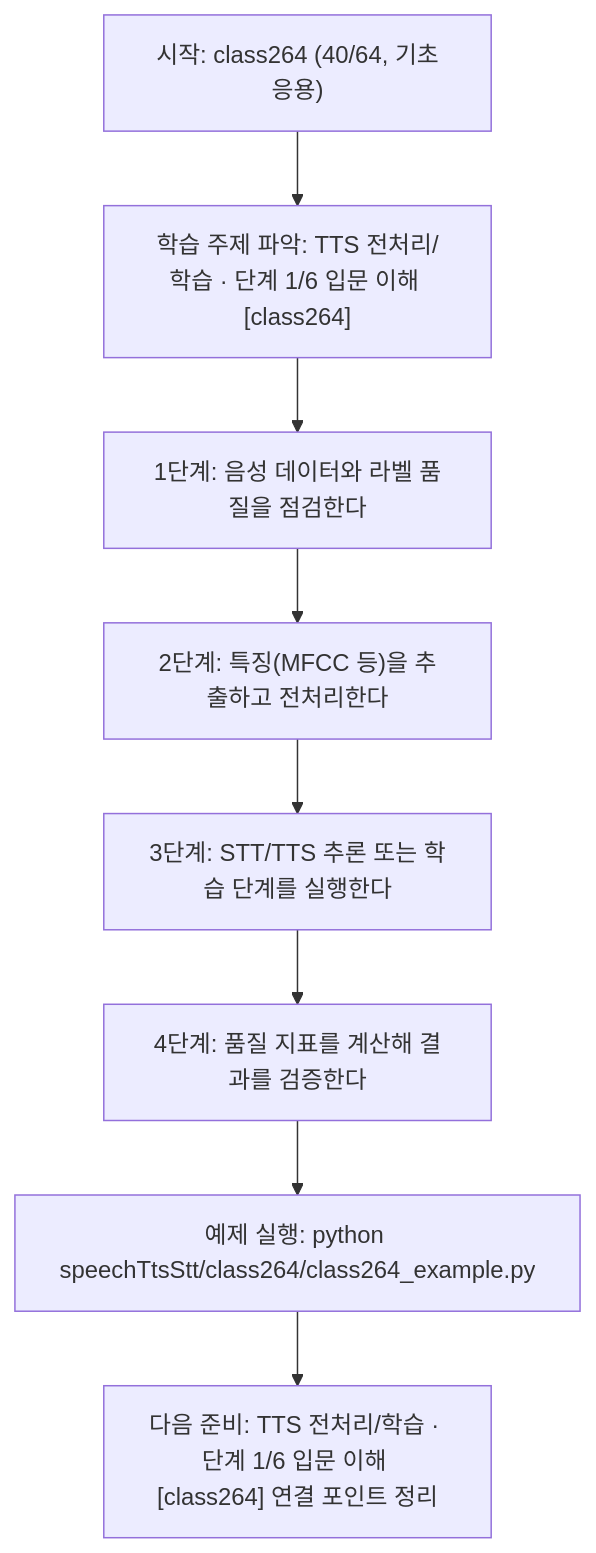
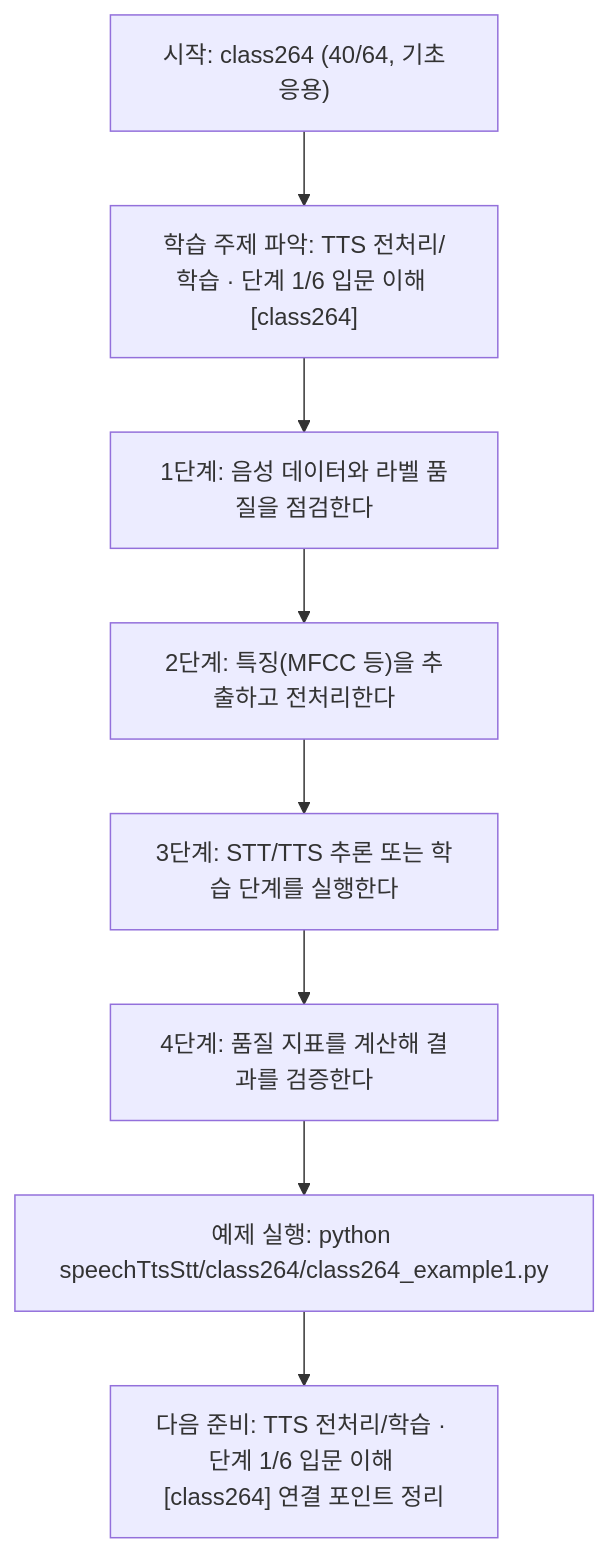
Before and after one commit to edumgt/Python-AI_Agent-Class: the diagram in speechTtsStt/class264/class264.md, drawn with Mermaid. The commit also changed other lines of this file and 2959 other files, not shown here.

````diff
--- a/speechTtsStt/class264/class264.md
+++ b/speechTtsStt/class264/class264.md
@@ -114,18 +114,18 @@
 ```mermaid
 flowchart TD
 N1["시작: class264 (40/64, 기초응용)"]
 N2["학습 주제 파악: TTS 전처리/학습 · 단계 1/6 입문 이해 [class264]"]
 N3["1단계: 음성 데이터와 라벨 품질을 점검한다"]
 N4["2단계: 특징(MFCC 등)을 추출하고 전처리한다"]
 N5["3단계: STT/TTS 추론 또는 학습 단계를 실행한다"]
 N6["4단계: 품질 지표를 계산해 결과를 검증한다"]
-N7["예제 실행: python speechTtsStt/class264/class264_example.py"]
+N7["예제 실행: python speechTtsStt/class264/class264_example1.py"]
 N8["다음 준비: TTS 전처리/학습 · 단계 1/6 입문 이해 [class264] 연결 포인트 정리"]
 N1 --> N2
 N2 --> N3
 N3 --> N4
 N4 --> N5
 N5 --> N6
 N6 --> N7
 N7 --> N8
 ```
````
